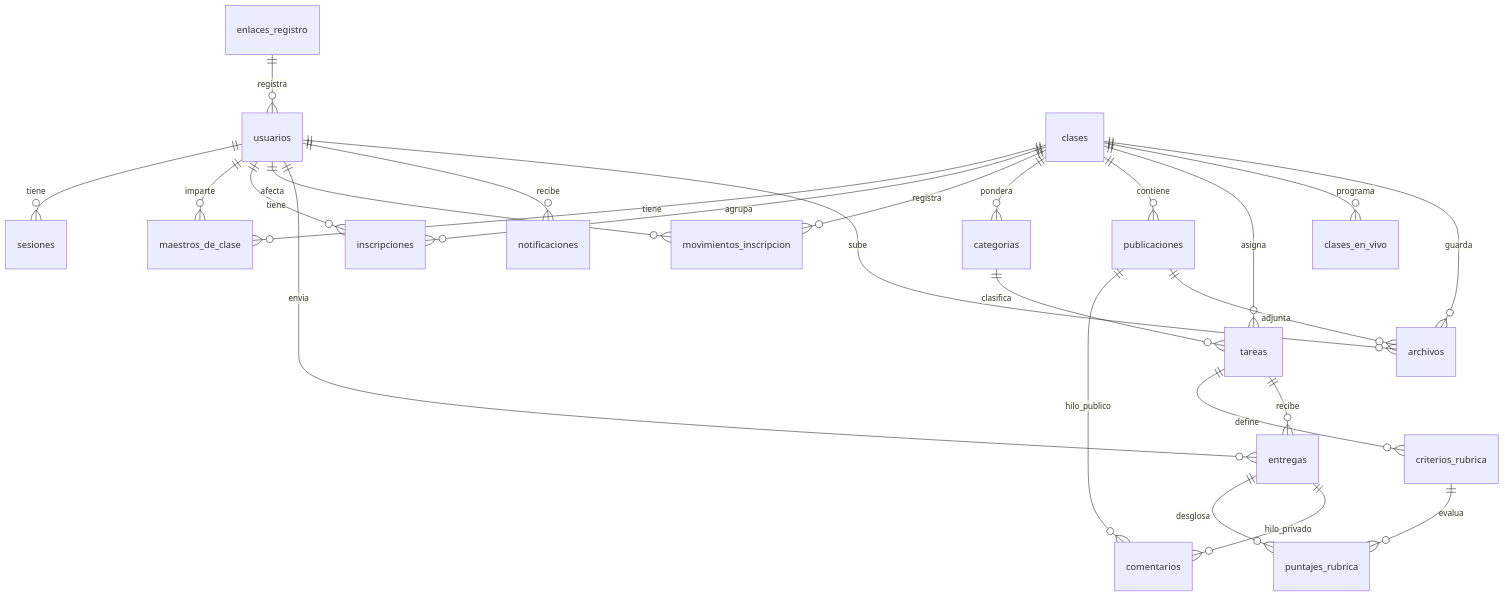
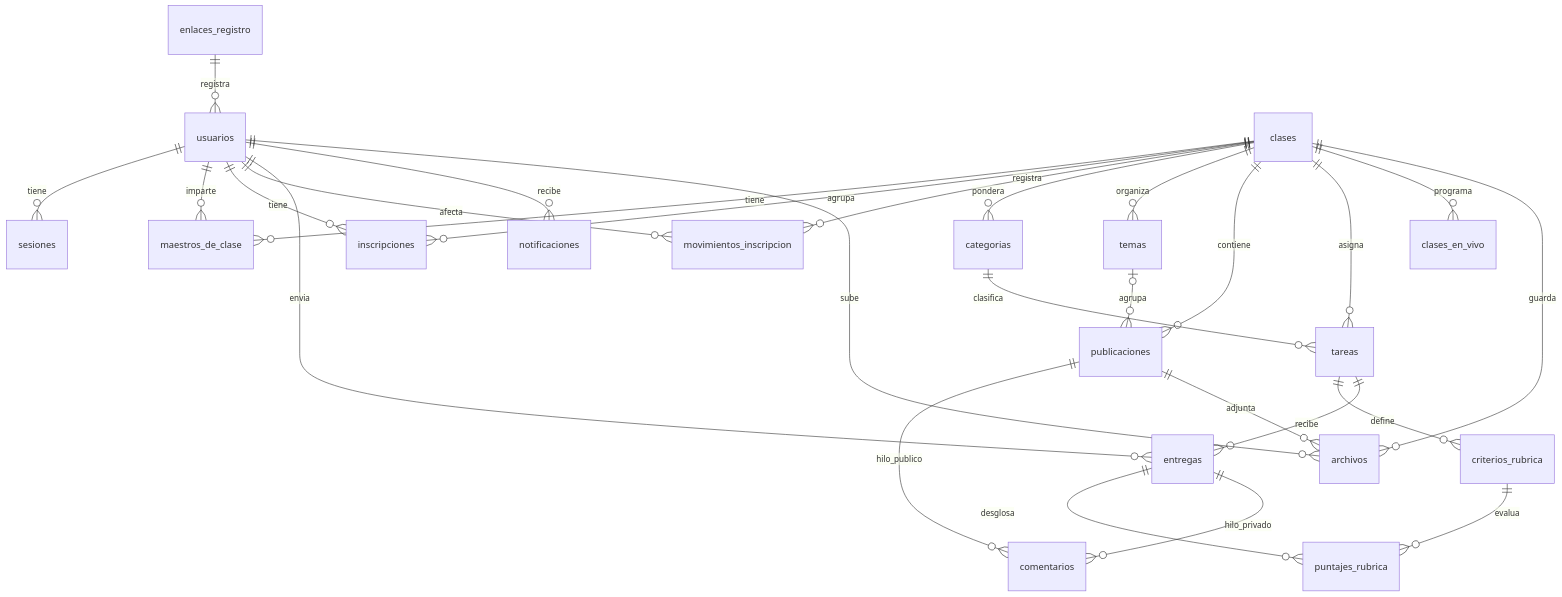
Before and after one commit to SASC01/cmep-campus-digital: the second of 2 diagrams in docs/ARCHITECTURE.md, drawn with Mermaid. The commit also changed other lines of this file and 43 other files, not shown here.

Commit message:
feat(tareas): TAREAS-01a, temas y categorías ponderadas (migraciones tareas_temas_y_categorias, rutas /api/clases/:claseId/temas y /categorias, claveDeNombre en shared) y plan aprobado de TAREAS-01

````diff
--- a/docs/ARCHITECTURE.md
+++ b/docs/ARCHITECTURE.md
@@ -357,27 +357,29 @@
 ```mermaid
 erDiagram
   usuarios ||--o{ sesiones : tiene
   enlaces_registro ||--o{ usuarios : registra
   usuarios ||--o{ maestros_de_clase : imparte
   clases ||--o{ maestros_de_clase : tiene
   usuarios ||--o{ inscripciones : tiene
   clases ||--o{ inscripciones : agrupa
   clases ||--o{ movimientos_inscripcion : registra
   usuarios ||--o{ movimientos_inscripcion : afecta
   clases ||--o{ categorias : pondera
+  clases ||--o{ temas : organiza
+  temas |o--o{ publicaciones : agrupa
   clases ||--o{ publicaciones : contiene
   clases ||--o{ tareas : asigna
   clases ||--o{ clases_en_vivo : programa
   categorias ||--o{ tareas : clasifica
   tareas ||--o{ criterios_rubrica : define
   tareas ||--o{ entregas : recibe
   usuarios ||--o{ entregas : envia
   entregas ||--o{ puntajes_rubrica : desglosa
   criterios_rubrica ||--o{ puntajes_rubrica : evalua
   usuarios ||--o{ notificaciones : recibe
   publicaciones ||--o{ comentarios : hilo_publico
   entregas ||--o{ comentarios : hilo_privado
   usuarios ||--o{ archivos : sube
   clases ||--o{ archivos : guarda
   publicaciones ||--o{ archivos : adjunta
 ```
````
